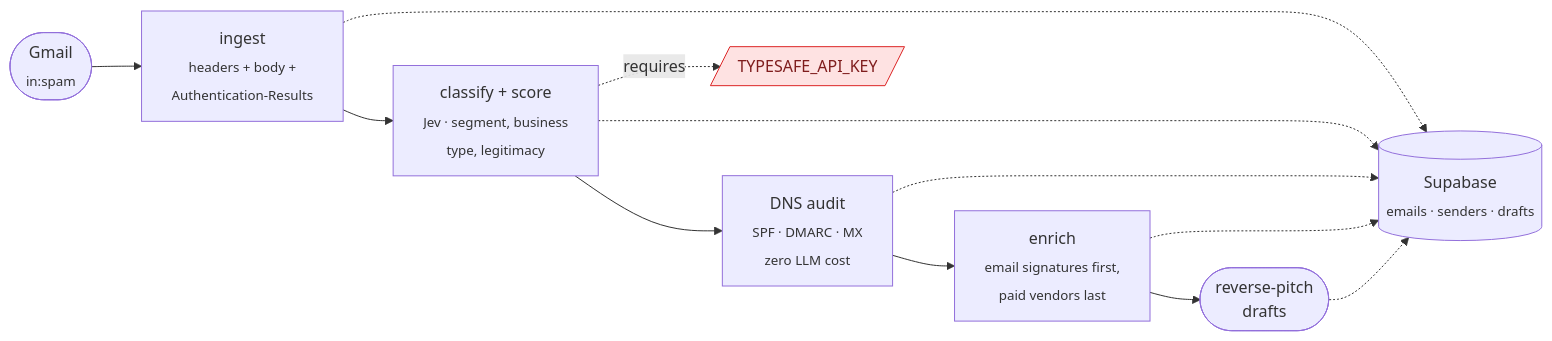
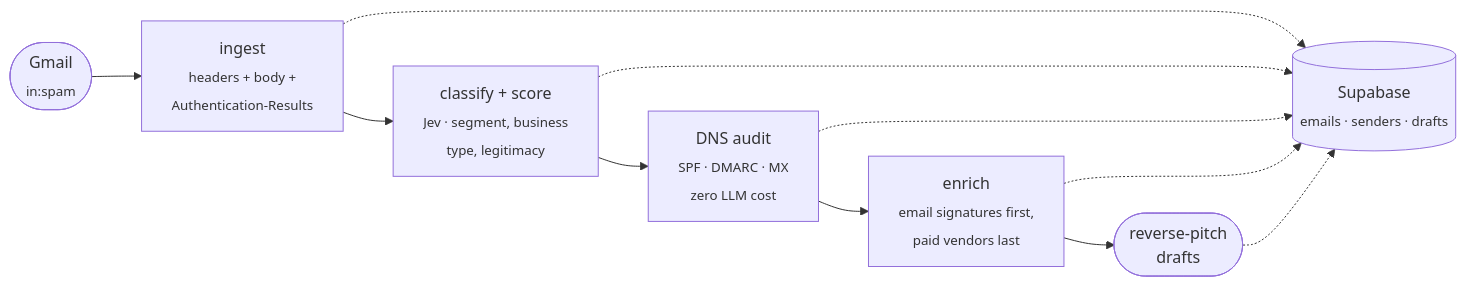
One commit to automatewithuday/spam-leadgen-pipeline changed the diagram in README.md. Above: the diagram before and after it, drawn with Mermaid. The commit also changed other lines of this file, not shown here.

````diff
--- a/README.md
+++ b/README.md
@@ -7,14 +7,10 @@
 ```mermaid
 flowchart LR
     G([Gmail<br/><sub>in:spam</sub>]) --> I["ingest<br/><sub>headers + body +<br/>Authentication-Results</sub>"]
     I --> C["classify + score<br/><sub>Jev · segment, business<br/>type, legitimacy</sub>"]
     C --> A["DNS audit<br/><sub>SPF · DMARC · MX<br/>zero LLM cost</sub>"]
     A --> E["enrich<br/><sub>email signatures first,<br/>paid vendors last</sub>"]
     E --> D([reverse-pitch<br/>drafts])
 
     I & C & A & E & D -.-> S[("Supabase<br/><sub>emails · senders · drafts</sub>")]
-
-    C -. requires .-> K[/"TYPESAFE_API_KEY"/]
-    classDef req fill:#fee2e2,stroke:#dc2626,color:#7f1d1d
-    class K req
 ```
````
